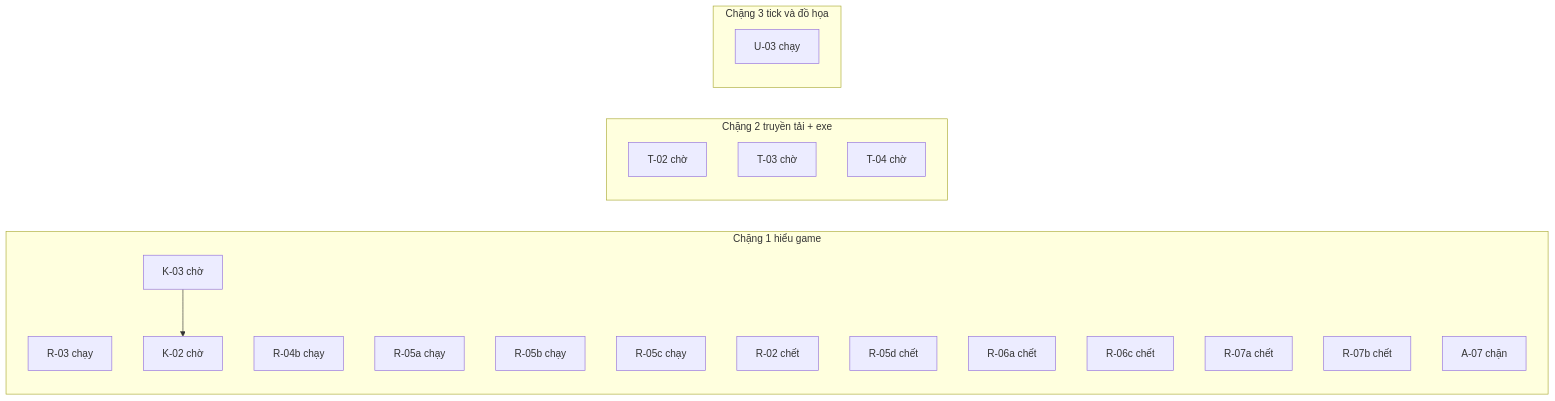
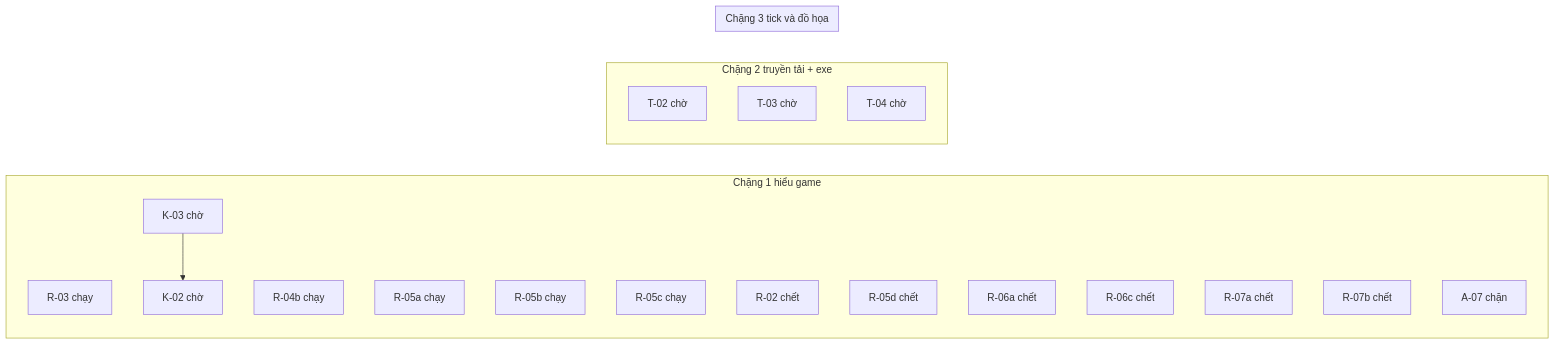
The diagram in JX1_OPS/STATE/TIEN-DO.md (ndtangoss-dev/jx1-reports), drawn with Mermaid before and after one commit. The commit also changed other lines of this file and 3 other files, not shown here.

````diff
--- a/JX1_OPS/STATE/TIEN-DO.md
+++ b/JX1_OPS/STATE/TIEN-DO.md
@@ -9,28 +9,27 @@
 ```mermaid
 flowchart LR
   subgraph S1["Chặng 1 hiểu game"]
     R_03["R-03 chạy"]
     R_04b["R-04b chạy"]
     R_05a["R-05a chạy"]
     R_05b["R-05b chạy"]
     R_05c["R-05c chạy"]
     R_02["R-02 chết"]
     R_05d["R-05d chết"]
     R_06a["R-06a chết"]
     R_06c["R-06c chết"]
     R_07a["R-07a chết"]
     R_07b["R-07b chết"]
     A_07["A-07 chặn"]
     K_02["K-02 chờ"]
     K_03["K-03 chờ"]
   end
   subgraph S2["Chặng 2 truyền tải + exe"]
     T_02["T-02 chờ"]
     T_03["T-03 chờ"]
     T_04["T-04 chờ"]
   end
   subgraph S3["Chặng 3 tick và đồ họa"]
-    U_03["U-03 chạy"]
   end
   K_03 --> K_02
 ```
````
